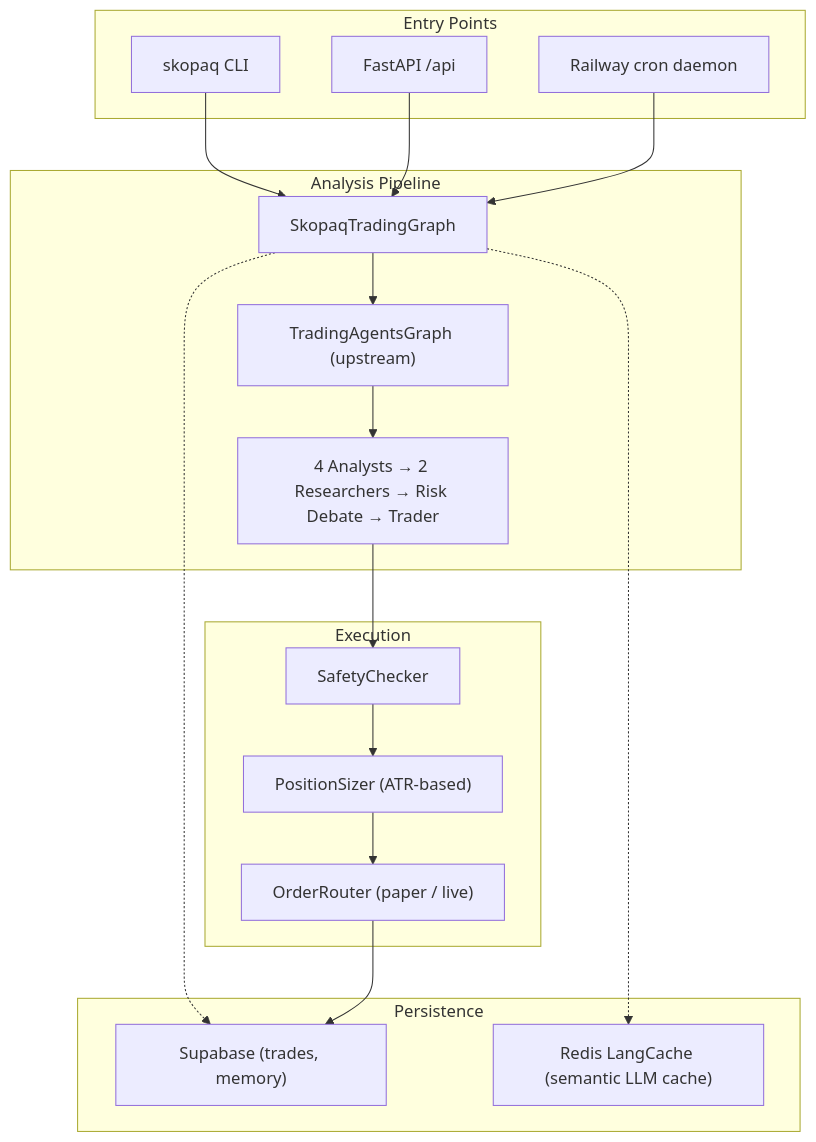
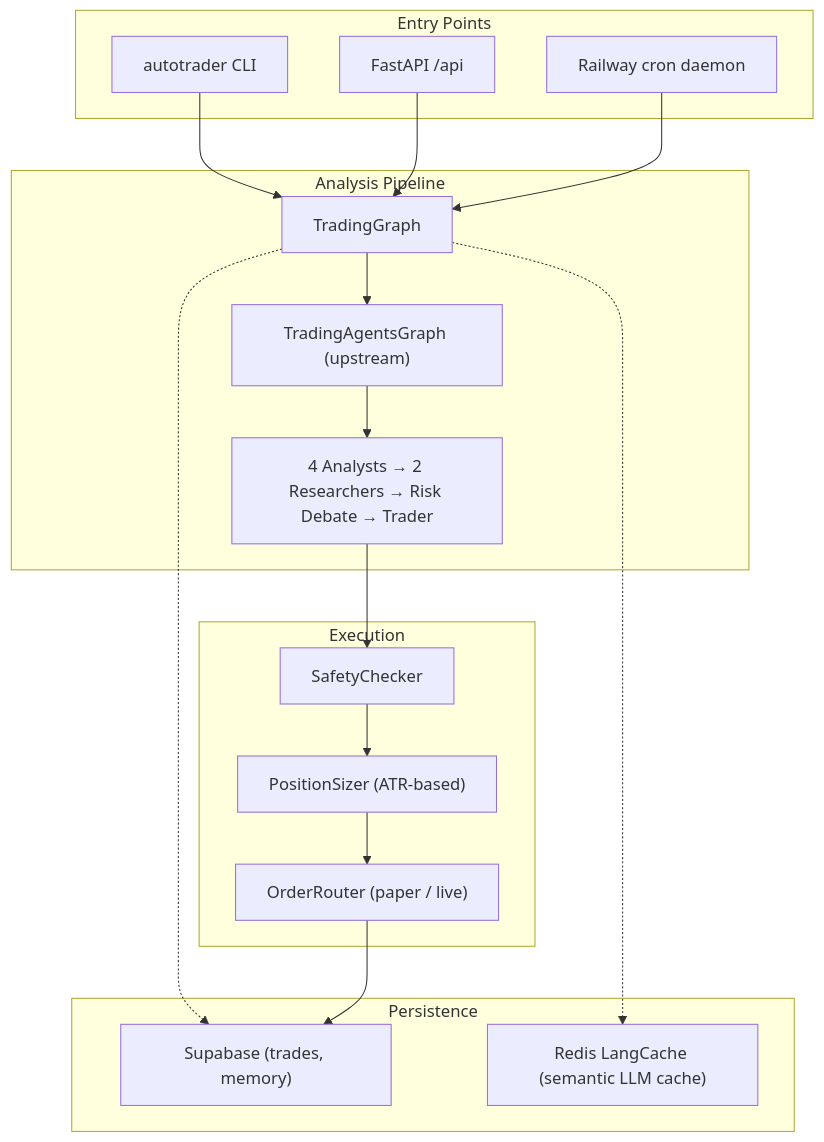
The diagram in README.md (saurav822/autotrading), drawn with Mermaid before and after one commit. The commit also changed other lines of this file and 1 other file, not shown here.

````diff
--- a/README.md
+++ b/README.md
@@ -66,37 +66,37 @@
 ```mermaid
 graph TD
     subgraph CLI["Entry Points"]
-        A["skopaq CLI"]
+        A["autotrader CLI"]
         B["FastAPI /api"]
         C["Railway cron daemon"]
     end
 
     subgraph Core["Analysis Pipeline"]
-        D["SkopaqTradingGraph"]
+        D["TradingGraph"]
         E["TradingAgentsGraph (upstream)"]
         F["4 Analysts → 2 Researchers → Risk Debate → Trader"]
     end
 
     subgraph Exec["Execution"]
         G["SafetyChecker"]
         H["PositionSizer (ATR-based)"]
         I["OrderRouter (paper / live)"]
     end
 
     subgraph Infra["Persistence"]
         J["Supabase (trades, memory)"]
         K["Redis LangCache (semantic LLM cache)"]
     end
 
     A --> D
     B --> D
     C --> D
     D --> E
     E --> F
     F --> G
     G --> H
     H --> I
     D -.-> J
     D -.-> K
     I --> J
 ```
````
